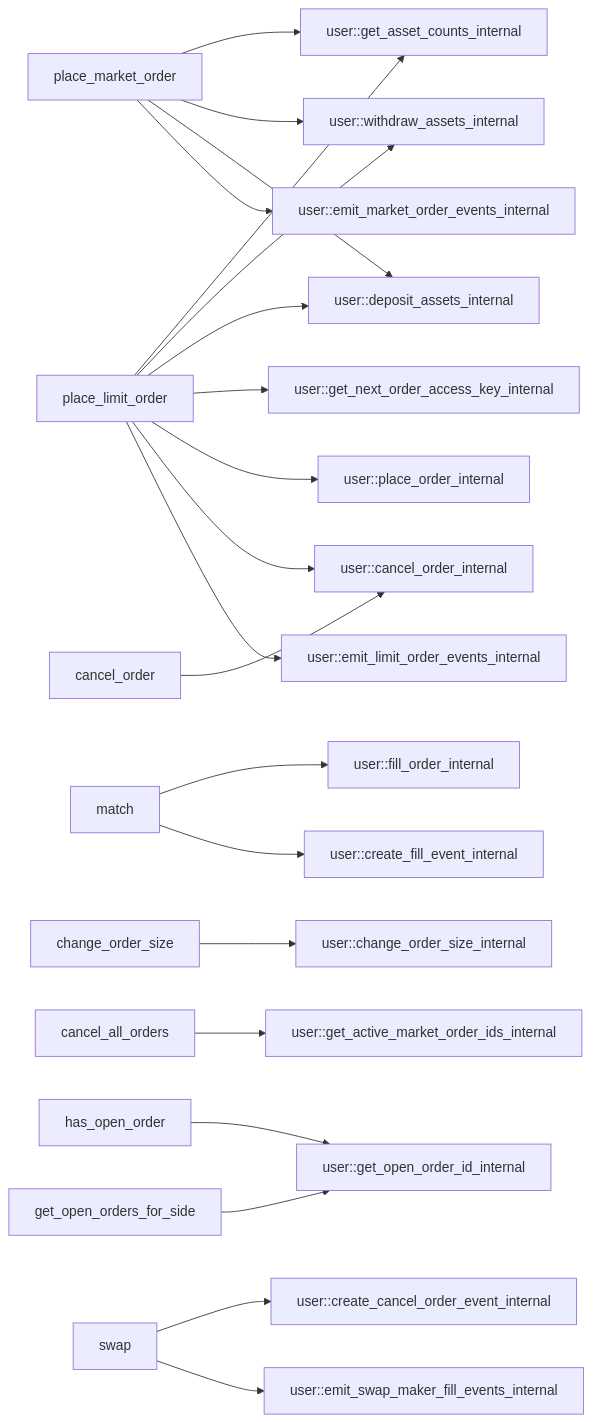
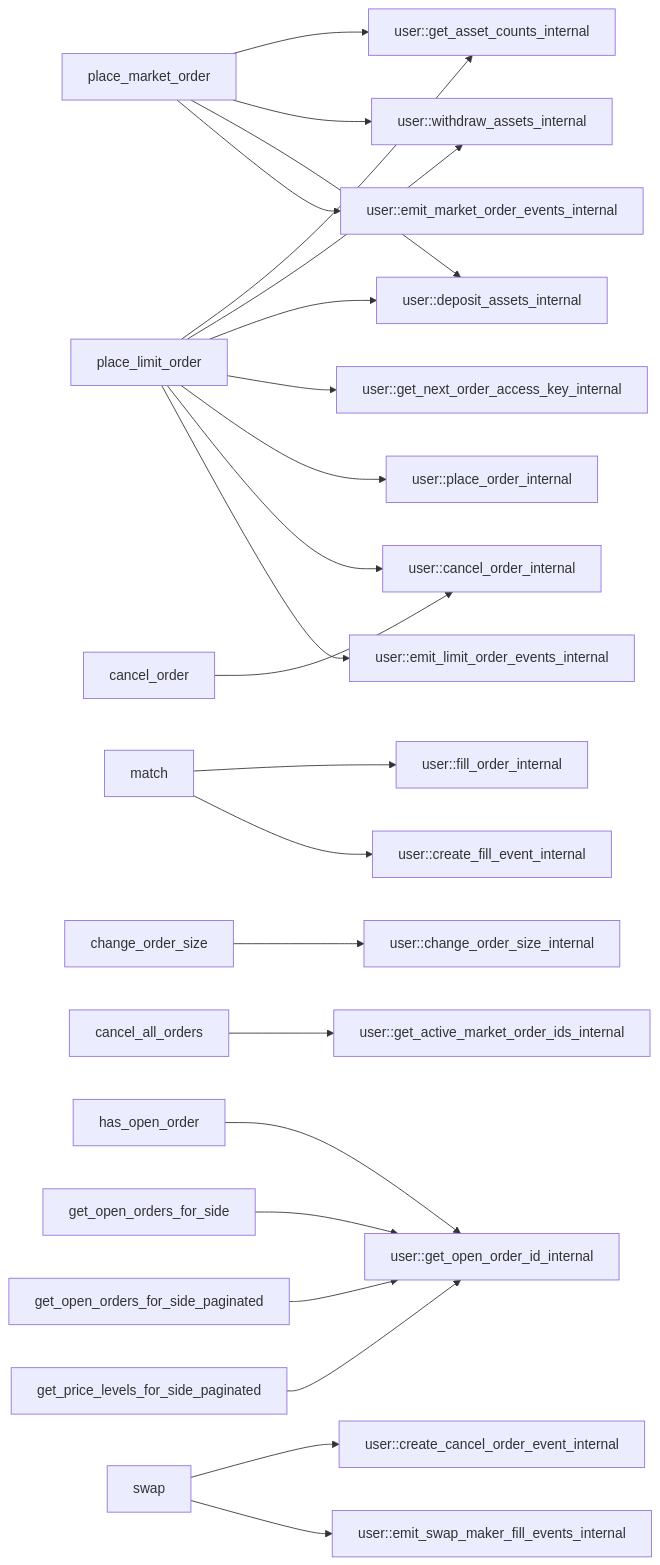
One commit to econia-labs/econia changed the tenth of 10 diagrams in src/move/econia/doc/market.md. Above: the diagram before and after it, drawn with Mermaid. The commit also changed other lines of this file and 1 other file, not shown here.

Commit message:
Update market dep charts

````diff
--- a/src/move/econia/doc/market.md
+++ b/src/move/econia/doc/market.md
@@ -484,34 +494,40 @@
 ``` mermaid
 
 flowchart LR
 
 place_limit_order --> user::get_asset_counts_internal
 place_limit_order --> user::withdraw_assets_internal
 place_limit_order --> user::deposit_assets_internal
 place_limit_order --> user::get_next_order_access_key_internal
 place_limit_order --> user::place_order_internal
 place_limit_order --> user::cancel_order_internal
 place_limit_order --> user::emit_limit_order_events_internal
 
 place_market_order --> user::get_asset_counts_internal
 place_market_order --> user::withdraw_assets_internal
 place_market_order --> user::deposit_assets_internal
 place_market_order --> user::emit_market_order_events_internal
 
 match --> user::fill_order_internal
 match --> user::create_fill_event_internal
 
 change_order_size --> user::change_order_size_internal
 
 cancel_order --> user::cancel_order_internal
 
 cancel_all_orders --> user::get_active_market_order_ids_internal
 
 has_open_order --> user::get_open_order_id_internal
 
 get_open_orders_for_side --> user::get_open_order_id_internal
 
 swap --> user::create_cancel_order_event_internal
 swap --> user::emit_swap_maker_fill_events_internal
 
+get_open_orders_for_side_paginated -->
+user::get_open_order_id_internal
+
+get_price_levels_for_side_paginated -->
+user::get_open_order_id_internal
+
 ```
````
